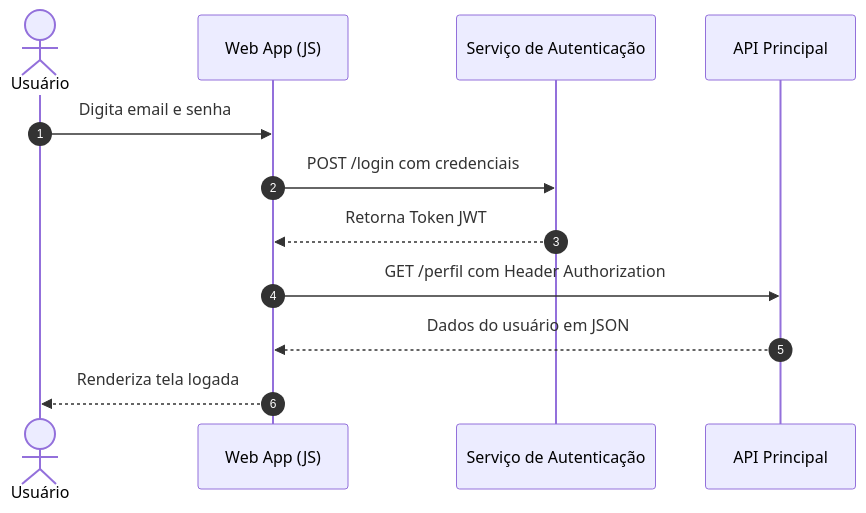
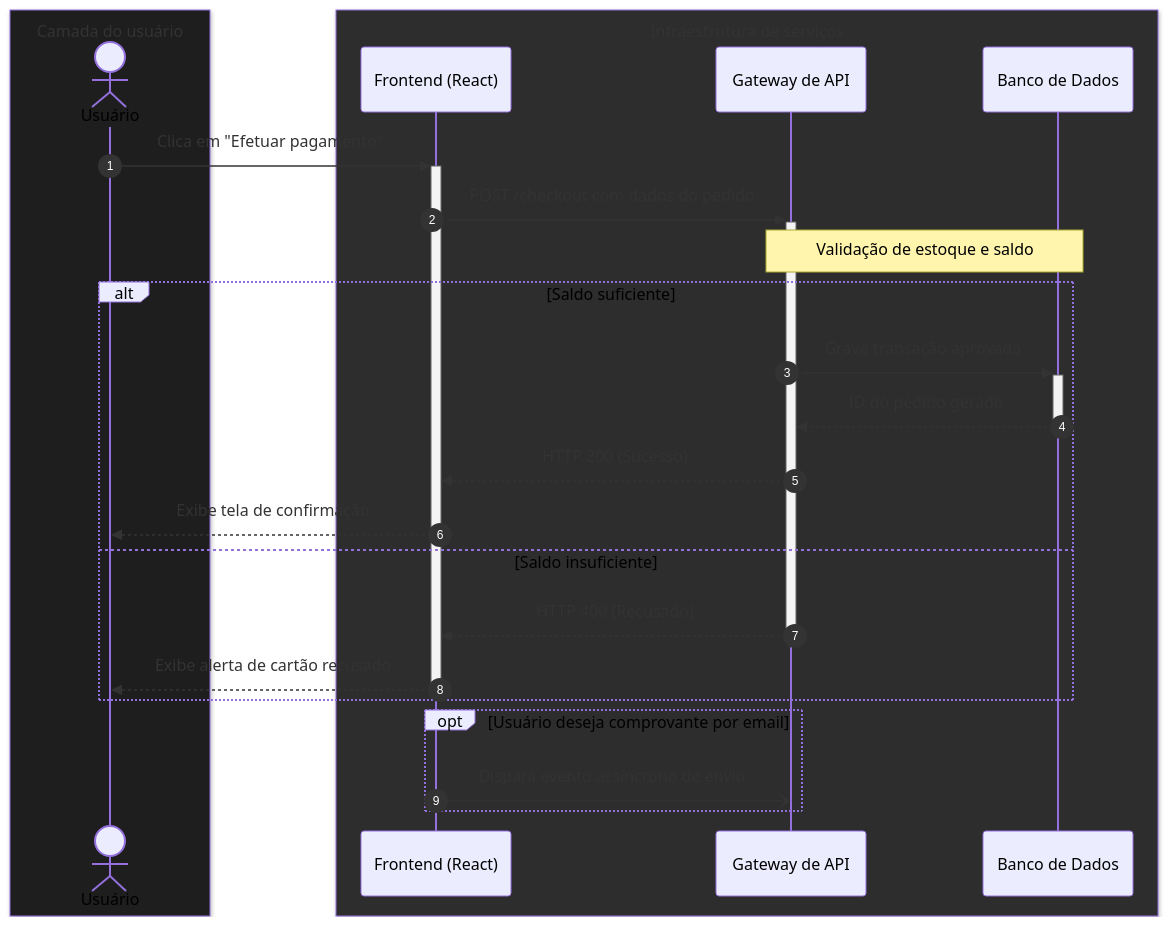
One commit to leorruas/programacao changed the fifth of 14 diagrams in mermaid/Sintaxe e possibilidades com Mermaid.md. Above: the diagram before and after it, drawn with Mermaid. The commit also changed other lines of this file and 1 other file, not shown here.

Commit message:
docs(mermaid): expandir exaustivamente sintaxe, diagramas e recursos do mermaid

````diff
--- a/mermaid/Sintaxe e possibilidades com Mermaid.md
+++ b/mermaid/Sintaxe e possibilidades com Mermaid.md
@@ -93,15 +162,33 @@
 ```mermaid
 sequenceDiagram
     autonumber
-    actor User as Usuário
-    participant App as Web App (JS)
-    participant Auth as Serviço de Autenticação
-    participant API as API Principal
+    
+    box rgb(30, 30, 30) Camada do usuário
+        actor User as Usuário
+    end
 
-    User->>App: Digita email e senha
-    App->>Auth: POST /login com credenciais
-    Auth-->>App: Retorna Token JWT
-    App->>API: GET /perfil com Header Authorization
-    API-->>App: Dados do usuário em JSON
-    App-->>User: Renderiza tela logada
+    box rgb(45, 45, 45) Infraestrutura de serviços
+        participant App as Frontend (React)
+        participant API as Gateway de API
+        participant DB as Banco de Dados
+    end
+
+    User->>+App: Clica em "Efetuar pagamento"
+    App->>+API: POST /checkout com dados do pedido
+    
+    Note over API,DB: Validação de estoque e saldo
+
+    alt Saldo suficiente
+        API->>+DB: Grava transação aprovada
+        DB-->>-API: ID do pedido gerado
+        API-->>App: HTTP 200 (Sucesso)
+        App-->>User: Exibe tela de confirmação
+    else Saldo insuficiente
+        API-->>-App: HTTP 400 (Recusado)
+        App-->>-User: Exibe alerta de cartão recusado
+    end
+
+    opt Usuário deseja comprovante por email
+        App-)API: Dispara evento assíncrono de envio
+    end
 ```
````
